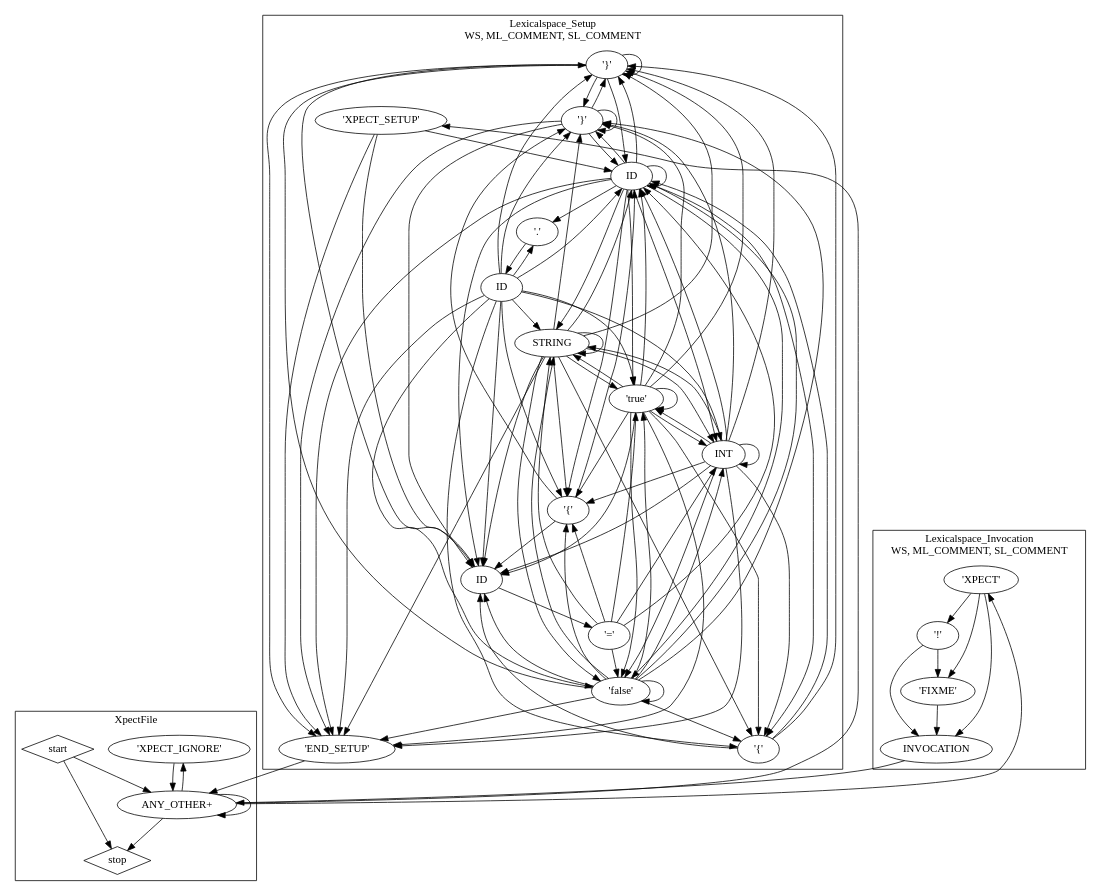
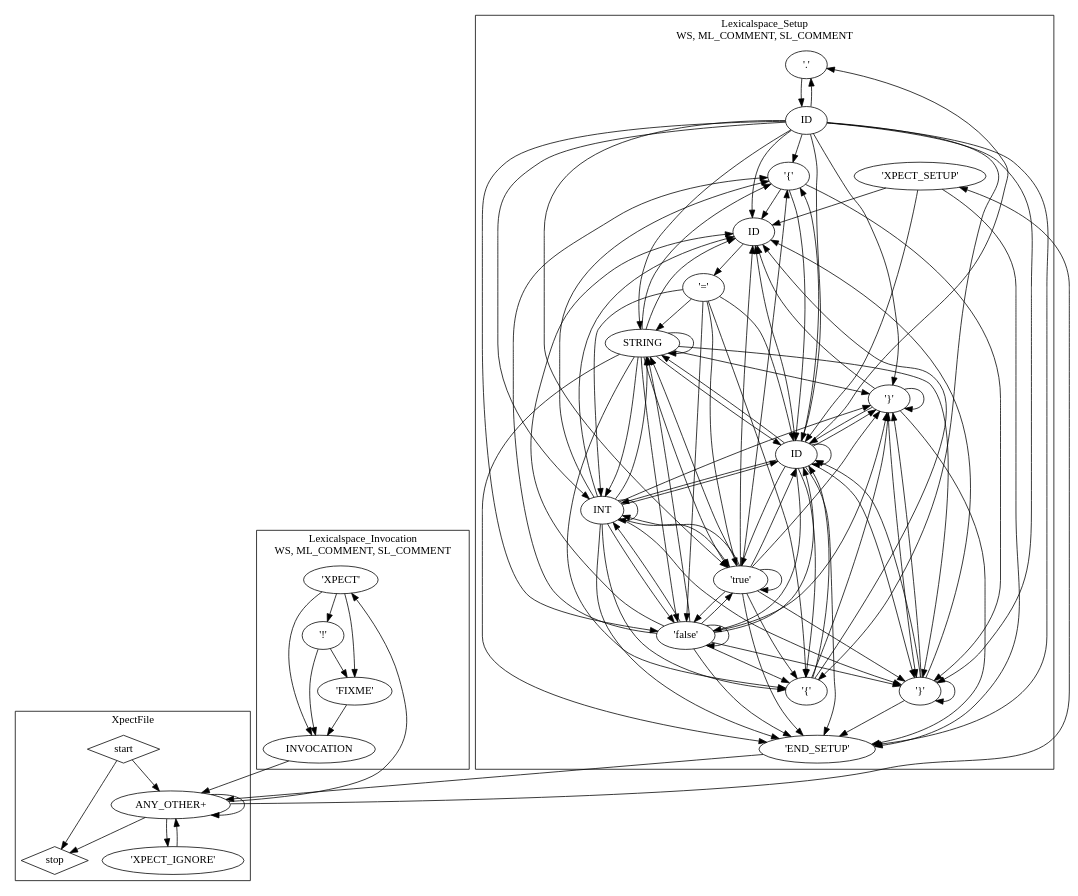
The diagram in org.eclipse.xpect.ui/src-gen/org/eclipse/xpect/lexer/XpectCAGrammarNfa.dot (tjeske/Xpect), drawn with Graphviz before and after one commit. The commit also changed 135 other files, not shown here.

```diff
--- a/org.eclipse.xpect.ui/src-gen/org/eclipse/xpect/lexer/XpectCAGrammarNfa.dot
+++ b/org.eclipse.xpect.ui/src-gen/org/eclipse/xpect/lexer/XpectCAGrammarNfa.dot
@@ -1,150 +1,150 @@
 ## This is a Graphviz .dot file (http://www.graphviz.org/)
 ## You can use the command 'dot -Tpdf this.dot > out.pdf' to render it.
 digraph G {
-subgraph cluster_lexicalgroup440472115 {
+subgraph cluster_lexicalgroup278166606 {
 label="XpectFile\n";
-tokennfastate1594694157 [label="'XPECT_IGNORE'"];
-tokennfastate519335676 [shape=diamond,label=start];
-tokennfastate1985323778 [shape=diamond,label=stop];
-tokennfastate1687665704 [label="ANY_OTHER+"];
+tokennfastate2031003023 [label="ANY_OTHER+"];
+tokennfastate1247570736 [shape=diamond,label=start];
+tokennfastate667197268 [label="'XPECT_IGNORE'"];
+tokennfastate1592225010 [shape=diamond,label=stop];
 }
 
-subgraph cluster_lexicalgroup1300528434 {
-label="Lexicalspace_Setup\nWS, ML_COMMENT, SL_COMMENT";
-tokennfastate1936734576 [label="'}'"];
-tokennfastate902161605 [label="'END_SETUP'"];
-tokennfastate370068367 [label="'='"];
-tokennfastate1228156855 [label=ID];
-tokennfastate1980134912 [label="'}'"];
-tokennfastate568619212 [label="'.'"];
-tokennfastate679270834 [label=ID];
-tokennfastate469719760 [label="'false'"];
-tokennfastate695361920 [label="'{'"];
-tokennfastate1048816507 [label="'{'"];
-tokennfastate537024440 [label=INT];
-tokennfastate1351326742 [label="'XPECT_SETUP'"];
-tokennfastate68988673 [label="'true'"];
-tokennfastate1469850818 [label=STRING];
-tokennfastate1850936524 [label=ID];
+subgraph cluster_lexicalgroup1555928242 {
+label="Lexicalspace_Invocation\nWS, ML_COMMENT, SL_COMMENT";
+tokennfastate1111947524 [label="'!'"];
+tokennfastate2024275149 [label=INVOCATION];
+tokennfastate1214357269 [label="'XPECT'"];
+tokennfastate2137351070 [label="'FIXME'"];
 }
 
-subgraph cluster_lexicalgroup1792088662 {
-label="Lexicalspace_Invocation\nWS, ML_COMMENT, SL_COMMENT";
-tokennfastate2041436524 [label="'!'"];
-tokennfastate142342328 [label="'XPECT'"];
-tokennfastate2068690053 [label="'FIXME'"];
-tokennfastate1521300147 [label=INVOCATION];
+subgraph cluster_lexicalgroup825791803 {
+label="Lexicalspace_Setup\nWS, ML_COMMENT, SL_COMMENT";
+tokennfastate1167627805 [label="'.'"];
+tokennfastate1717737290 [label="'}'"];
+tokennfastate1022473723 [label="'END_SETUP'"];
+tokennfastate97755704 [label=STRING];
+tokennfastate167599568 [label=ID];
+tokennfastate1316719030 [label="'='"];
+tokennfastate80682690 [label="'{'"];
+tokennfastate471110969 [label="'false'"];
+tokennfastate1231119120 [label="'true'"];
+tokennfastate1091437627 [label="'}'"];
+tokennfastate1777328089 [label=ID];
+tokennfastate1732238376 [label=ID];
+tokennfastate1526838264 [label="'XPECT_SETUP'"];
+tokennfastate2078826261 [label=INT];
+tokennfastate384500180 [label="'{'"];
 }
 
-tokennfastate1594694157->tokennfastate1687665704 [];
-tokennfastate519335676->tokennfastate1985323778 [];
-tokennfastate519335676->tokennfastate1687665704 [];
-tokennfastate1687665704->tokennfastate1594694157 [];
-tokennfastate1687665704->tokennfastate1351326742 [];
-tokennfastate1687665704->tokennfastate142342328 [];
-tokennfastate1687665704->tokennfastate1985323778 [];
-tokennfastate1687665704->tokennfastate1687665704 [];
-tokennfastate1936734576->tokennfastate902161605 [];
-tokennfastate1936734576->tokennfastate1850936524 [];
-tokennfastate1936734576->tokennfastate679270834 [];
-tokennfastate1936734576->tokennfastate1936734576 [];
-tokennfastate1936734576->tokennfastate1980134912 [];
-tokennfastate902161605->tokennfastate1687665704 [];
-tokennfastate370068367->tokennfastate1850936524 [];
-tokennfastate370068367->tokennfastate1048816507 [];
-tokennfastate370068367->tokennfastate68988673 [];
-tokennfastate370068367->tokennfastate469719760 [];
-tokennfastate370068367->tokennfastate537024440 [];
-tokennfastate370068367->tokennfastate1469850818 [];
-tokennfastate1228156855->tokennfastate695361920 [];
-tokennfastate1228156855->tokennfastate68988673 [];
-tokennfastate1228156855->tokennfastate469719760 [];
-tokennfastate1228156855->tokennfastate537024440 [];
-tokennfastate1228156855->tokennfastate1469850818 [];
-tokennfastate1228156855->tokennfastate1936734576 [];
-tokennfastate1228156855->tokennfastate1850936524 [];
-tokennfastate1228156855->tokennfastate679270834 [];
-tokennfastate1228156855->tokennfastate1980134912 [];
-tokennfastate1228156855->tokennfastate902161605 [];
-tokennfastate1228156855->tokennfastate1048816507 [];
-tokennfastate1228156855->tokennfastate568619212 [];
-tokennfastate1980134912->tokennfastate1936734576 [];
-tokennfastate1980134912->tokennfastate1850936524 [];
-tokennfastate1980134912->tokennfastate679270834 [];
-tokennfastate1980134912->tokennfastate1980134912 [];
-tokennfastate1980134912->tokennfastate902161605 [];
-tokennfastate568619212->tokennfastate1228156855 [];
-tokennfastate679270834->tokennfastate370068367 [];
-tokennfastate469719760->tokennfastate1048816507 [];
-tokennfastate469719760->tokennfastate1936734576 [];
-tokennfastate469719760->tokennfastate1850936524 [];
-tokennfastate469719760->tokennfastate679270834 [];
-tokennfastate469719760->tokennfastate1980134912 [];
-tokennfastate469719760->tokennfastate902161605 [];
-tokennfastate469719760->tokennfastate695361920 [];
-tokennfastate469719760->tokennfastate68988673 [];
-tokennfastate469719760->tokennfastate469719760 [];
-tokennfastate469719760->tokennfastate537024440 [];
-tokennfastate469719760->tokennfastate1469850818 [];
-tokennfastate695361920->tokennfastate1936734576 [];
-tokennfastate695361920->tokennfastate1850936524 [];
-tokennfastate695361920->tokennfastate679270834 [];
-tokennfastate1048816507->tokennfastate1980134912 [];
-tokennfastate1048816507->tokennfastate679270834 [];
-tokennfastate1048816507->tokennfastate1850936524 [];
-tokennfastate537024440->tokennfastate1048816507 [];
-tokennfastate537024440->tokennfastate1936734576 [];
-tokennfastate537024440->tokennfastate1850936524 [];
-tokennfastate537024440->tokennfastate679270834 [];
-tokennfastate537024440->tokennfastate1980134912 [];
-tokennfastate537024440->tokennfastate902161605 [];
-tokennfastate537024440->tokennfastate695361920 [];
-tokennfastate537024440->tokennfastate68988673 [];
-tokennfastate537024440->tokennfastate469719760 [];
-tokennfastate537024440->tokennfastate537024440 [];
-tokennfastate537024440->tokennfastate1469850818 [];
-tokennfastate1351326742->tokennfastate902161605 [];
-tokennfastate1351326742->tokennfastate1850936524 [];
-tokennfastate1351326742->tokennfastate679270834 [];
-tokennfastate68988673->tokennfastate1048816507 [];
-tokennfastate68988673->tokennfastate1936734576 [];
-tokennfastate68988673->tokennfastate1850936524 [];
-tokennfastate68988673->tokennfastate679270834 [];
-tokennfastate68988673->tokennfastate1980134912 [];
-tokennfastate68988673->tokennfastate902161605 [];
-tokennfastate68988673->tokennfastate695361920 [];
-tokennfastate68988673->tokennfastate68988673 [];
-tokennfastate68988673->tokennfastate469719760 [];
-tokennfastate68988673->tokennfastate537024440 [];
-tokennfastate68988673->tokennfastate1469850818 [];
-tokennfastate1469850818->tokennfastate1048816507 [];
-tokennfastate1469850818->tokennfastate1936734576 [];
-tokennfastate1469850818->tokennfastate1850936524 [];
-tokennfastate1469850818->tokennfastate679270834 [];
-tokennfastate1469850818->tokennfastate1980134912 [];
-tokennfastate1469850818->tokennfastate902161605 [];
-tokennfastate1469850818->tokennfastate695361920 [];
-tokennfastate1469850818->tokennfastate68988673 [];
-tokennfastate1469850818->tokennfastate469719760 [];
-tokennfastate1469850818->tokennfastate537024440 [];
-tokennfastate1469850818->tokennfastate1469850818 [];
-tokennfastate1850936524->tokennfastate902161605 [];
-tokennfastate1850936524->tokennfastate1850936524 [];
-tokennfastate1850936524->tokennfastate679270834 [];
-tokennfastate1850936524->tokennfastate568619212 [];
-tokennfastate1850936524->tokennfastate1936734576 [];
-tokennfastate1850936524->tokennfastate1980134912 [];
-tokennfastate1850936524->tokennfastate68988673 [];
-tokennfastate1850936524->tokennfastate469719760 [];
-tokennfastate1850936524->tokennfastate537024440 [];
-tokennfastate1850936524->tokennfastate1469850818 [];
-tokennfastate1850936524->tokennfastate1048816507 [];
-tokennfastate1850936524->tokennfastate695361920 [];
-tokennfastate2041436524->tokennfastate1521300147 [];
-tokennfastate2041436524->tokennfastate2068690053 [];
-tokennfastate142342328->tokennfastate1521300147 [];
-tokennfastate142342328->tokennfastate2041436524 [];
-tokennfastate142342328->tokennfastate2068690053 [];
-tokennfastate2068690053->tokennfastate1521300147 [];
-tokennfastate1521300147->tokennfastate1687665704 [];
+tokennfastate2031003023->tokennfastate667197268 [];
+tokennfastate2031003023->tokennfastate1526838264 [];
+tokennfastate2031003023->tokennfastate1214357269 [];
+tokennfastate2031003023->tokennfastate1592225010 [];
+tokennfastate2031003023->tokennfastate2031003023 [];
+tokennfastate1247570736->tokennfastate1592225010 [];
+tokennfastate1247570736->tokennfastate2031003023 [];
+tokennfastate667197268->tokennfastate2031003023 [];
+tokennfastate1111947524->tokennfastate2024275149 [];
+tokennfastate1111947524->tokennfastate2137351070 [];
+tokennfastate2024275149->tokennfastate2031003023 [];
+tokennfastate1214357269->tokennfastate2024275149 [];
+tokennfastate1214357269->tokennfastate1111947524 [];
+tokennfastate1214357269->tokennfastate2137351070 [];
+tokennfastate2137351070->tokennfastate2024275149 [];
+tokennfastate1167627805->tokennfastate1732238376 [];
+tokennfastate1717737290->tokennfastate1091437627 [];
+tokennfastate1717737290->tokennfastate1777328089 [];
+tokennfastate1717737290->tokennfastate167599568 [];
+tokennfastate1717737290->tokennfastate1717737290 [];
+tokennfastate1717737290->tokennfastate1022473723 [];
+tokennfastate1022473723->tokennfastate2031003023 [];
+tokennfastate97755704->tokennfastate80682690 [];
+tokennfastate97755704->tokennfastate1091437627 [];
+tokennfastate97755704->tokennfastate1777328089 [];
+tokennfastate97755704->tokennfastate167599568 [];
+tokennfastate97755704->tokennfastate1717737290 [];
+tokennfastate97755704->tokennfastate1022473723 [];
+tokennfastate97755704->tokennfastate384500180 [];
+tokennfastate97755704->tokennfastate1231119120 [];
+tokennfastate97755704->tokennfastate471110969 [];
+tokennfastate97755704->tokennfastate2078826261 [];
+tokennfastate97755704->tokennfastate97755704 [];
+tokennfastate167599568->tokennfastate1316719030 [];
+tokennfastate1316719030->tokennfastate1777328089 [];
+tokennfastate1316719030->tokennfastate80682690 [];
+tokennfastate1316719030->tokennfastate1231119120 [];
+tokennfastate1316719030->tokennfastate471110969 [];
+tokennfastate1316719030->tokennfastate2078826261 [];
+tokennfastate1316719030->tokennfastate97755704 [];
+tokennfastate80682690->tokennfastate1717737290 [];
+tokennfastate80682690->tokennfastate167599568 [];
+tokennfastate80682690->tokennfastate1777328089 [];
+tokennfastate471110969->tokennfastate80682690 [];
+tokennfastate471110969->tokennfastate1091437627 [];
+tokennfastate471110969->tokennfastate1777328089 [];
+tokennfastate471110969->tokennfastate167599568 [];
+tokennfastate471110969->tokennfastate1717737290 [];
+tokennfastate471110969->tokennfastate1022473723 [];
+tokennfastate471110969->tokennfastate384500180 [];
+tokennfastate471110969->tokennfastate1231119120 [];
+tokennfastate471110969->tokennfastate471110969 [];
+tokennfastate471110969->tokennfastate2078826261 [];
+tokennfastate471110969->tokennfastate97755704 [];
+tokennfastate1231119120->tokennfastate80682690 [];
+tokennfastate1231119120->tokennfastate1091437627 [];
+tokennfastate1231119120->tokennfastate1777328089 [];
+tokennfastate1231119120->tokennfastate167599568 [];
+tokennfastate1231119120->tokennfastate1717737290 [];
+tokennfastate1231119120->tokennfastate1022473723 [];
+tokennfastate1231119120->tokennfastate384500180 [];
+tokennfastate1231119120->tokennfastate1231119120 [];
+tokennfastate1231119120->tokennfastate471110969 [];
+tokennfastate1231119120->tokennfastate2078826261 [];
+tokennfastate1231119120->tokennfastate97755704 [];
+tokennfastate1091437627->tokennfastate1022473723 [];
+tokennfastate1091437627->tokennfastate1777328089 [];
+tokennfastate1091437627->tokennfastate167599568 [];
+tokennfastate1091437627->tokennfastate1091437627 [];
+tokennfastate1091437627->tokennfastate1717737290 [];
+tokennfastate1777328089->tokennfastate1022473723 [];
+tokennfastate1777328089->tokennfastate1777328089 [];
+tokennfastate1777328089->tokennfastate167599568 [];
+tokennfastate1777328089->tokennfastate1167627805 [];
+tokennfastate1777328089->tokennfastate1091437627 [];
+tokennfastate1777328089->tokennfastate1717737290 [];
+tokennfastate1777328089->tokennfastate1231119120 [];
+tokennfastate1777328089->tokennfastate471110969 [];
+tokennfastate1777328089->tokennfastate2078826261 [];
+tokennfastate1777328089->tokennfastate97755704 [];
+tokennfastate1777328089->tokennfastate80682690 [];
+tokennfastate1777328089->tokennfastate384500180 [];
+tokennfastate1732238376->tokennfastate384500180 [];
+tokennfastate1732238376->tokennfastate1231119120 [];
+tokennfastate1732238376->tokennfastate471110969 [];
+tokennfastate1732238376->tokennfastate2078826261 [];
+tokennfastate1732238376->tokennfastate97755704 [];
+tokennfastate1732238376->tokennfastate1091437627 [];
+tokennfastate1732238376->tokennfastate1777328089 [];
+tokennfastate1732238376->tokennfastate167599568 [];
+tokennfastate1732238376->tokennfastate1717737290 [];
+tokennfastate1732238376->tokennfastate1022473723 [];
+tokennfastate1732238376->tokennfastate80682690 [];
+tokennfastate1732238376->tokennfastate1167627805 [];
+tokennfastate1526838264->tokennfastate1022473723 [];
+tokennfastate1526838264->tokennfastate1777328089 [];
+tokennfastate1526838264->tokennfastate167599568 [];
+tokennfastate2078826261->tokennfastate80682690 [];
+tokennfastate2078826261->tokennfastate1091437627 [];
+tokennfastate2078826261->tokennfastate1777328089 [];
+tokennfastate2078826261->tokennfastate167599568 [];
+tokennfastate2078826261->tokennfastate1717737290 [];
+tokennfastate2078826261->tokennfastate1022473723 [];
+tokennfastate2078826261->tokennfastate384500180 [];
+tokennfastate2078826261->tokennfastate1231119120 [];
+tokennfastate2078826261->tokennfastate471110969 [];
+tokennfastate2078826261->tokennfastate2078826261 [];
+tokennfastate2078826261->tokennfastate97755704 [];
+tokennfastate384500180->tokennfastate1091437627 [];
+tokennfastate384500180->tokennfastate1777328089 [];
+tokennfastate384500180->tokennfastate167599568 [];
 }
```
